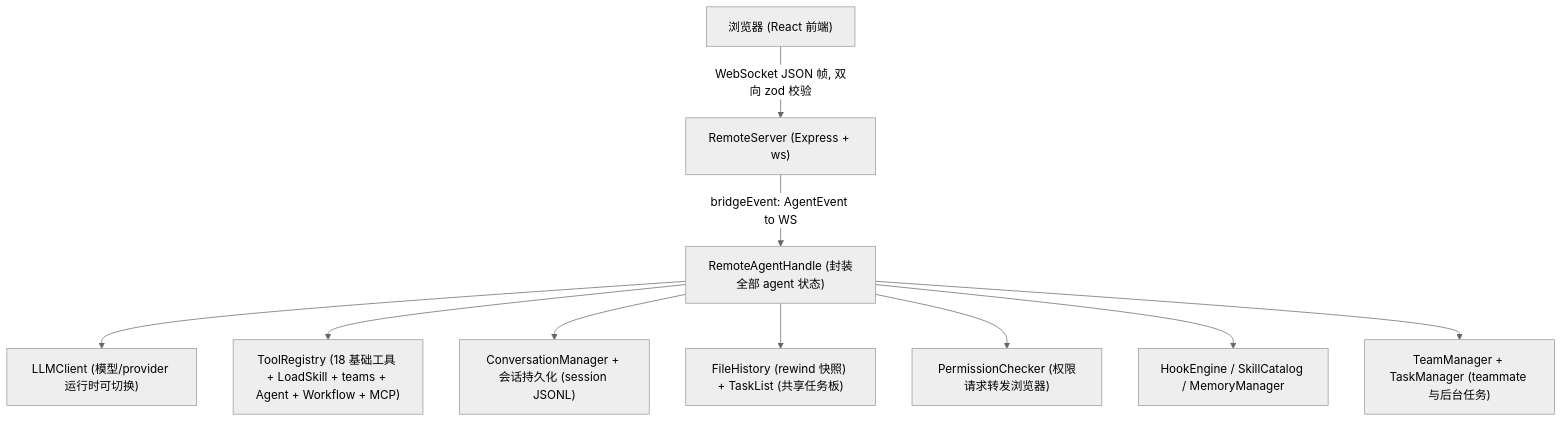
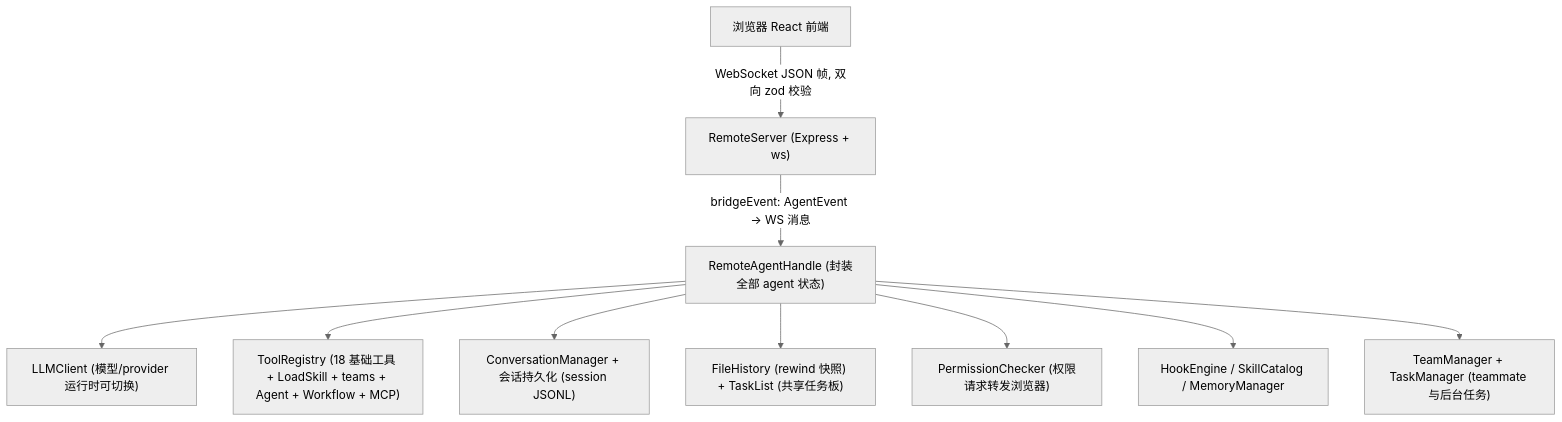
One commit to yukino-js/26autumn changed the first of 2 diagrams in content/docs/yukino/remote.md. Above: the diagram before and after it, drawn with Mermaid (neutral theme). The commit also changed other lines of this file and 85 other files, not shown here.

````diff
--- a/content/docs/yukino/remote.md
+++ b/content/docs/yukino/remote.md
@@ -43,12 +18,12 @@
 ```mermaid
-graph TD
-  B["浏览器 (React 前端)"] -->|WebSocket JSON 帧, 双向 zod 校验| RS["RemoteServer (Express + ws)"]
-  RS -->|bridgeEvent: AgentEvent to WS| RA["RemoteAgentHandle (封装全部 agent 状态)"]
+flowchart TB
+  B["浏览器 React 前端"] -->|"WebSocket JSON 帧, 双向 zod 校验"| RS["RemoteServer (Express + ws)"]
+  RS -->|"bridgeEvent: AgentEvent → WS 消息"| RA["RemoteAgentHandle (封装全部 agent 状态)"]
   RA --> LLM["LLMClient (模型/provider 运行时可切换)"]
   RA --> TR["ToolRegistry (18 基础工具 + LoadSkill + teams + Agent + Workflow + MCP)"]
   RA --> CM["ConversationManager + 会话持久化 (session JSONL)"]
   RA --> FH["FileHistory (rewind 快照) + TaskList (共享任务板)"]
   RA --> PC["PermissionChecker (权限请求转发浏览器)"]
   RA --> HM["HookEngine / SkillCatalog / MemoryManager"]
   RA --> TM["TeamManager + TaskManager (teammate 与后台任务)"]
 ```
````
